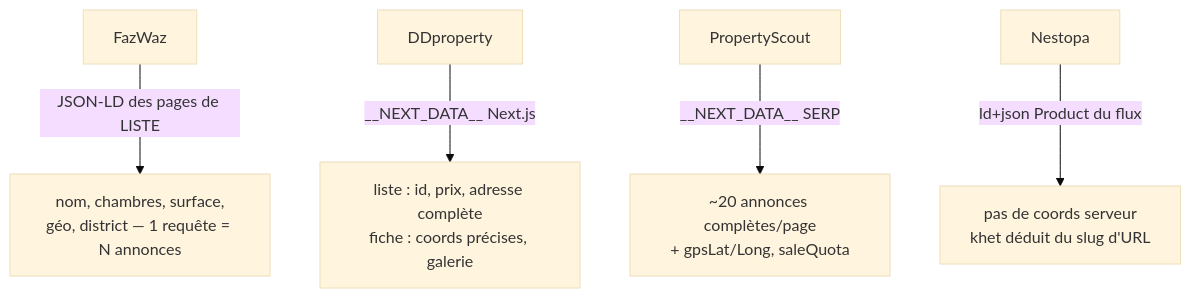
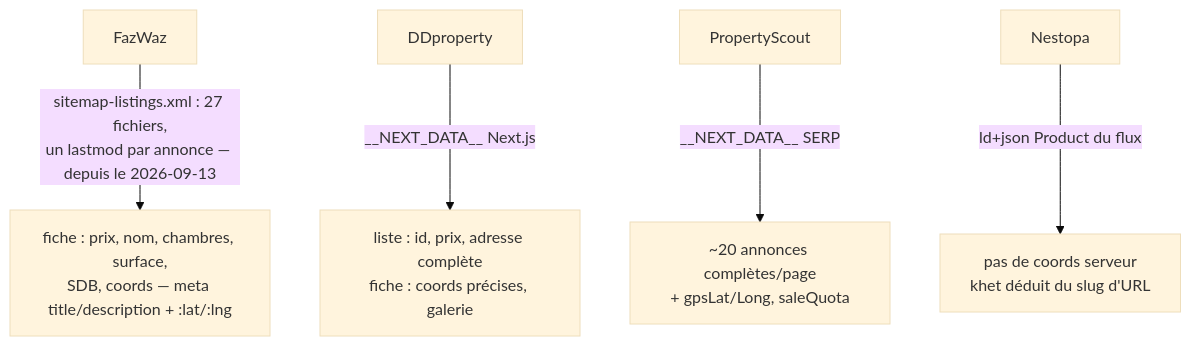
Before and after one commit to Erok-gg/lowi_bkk: the second of 6 diagrams in docs/pipeline.md, drawn with Mermaid (base theme). The commit also changed other lines of this file and 9 other files, not shown here.

````diff
--- a/docs/pipeline.md
+++ b/docs/pipeline.md
@@ -81,7 +81,7 @@
 ```mermaid
 flowchart TD
-  F[FazWaz] -->|JSON-LD des pages de LISTE| F1[nom, chambres, surface,<br/>géo, district — 1 requête = N annonces]
+  F[FazWaz] -->|sitemap-listings.xml : 27 fichiers,<br/>un lastmod par annonce — depuis le 2026-09-13| F1[fiche : prix, nom, chambres, surface,<br/>SDB, coords — meta title/description + :lat/:lng]
   D[DDproperty] -->|__NEXT_DATA__ Next.js| D1[liste : id, prix, adresse complète<br/>fiche : coords précises, galerie]
   P[PropertyScout] -->|__NEXT_DATA__ SERP| P1[~20 annonces complètes/page<br/>+ gpsLat/Long, saleQuota]
   N[Nestopa] -->|ld+json Product du flux| N1[pas de coords serveur<br/>khet déduit du slug d'URL]
 ```
````
